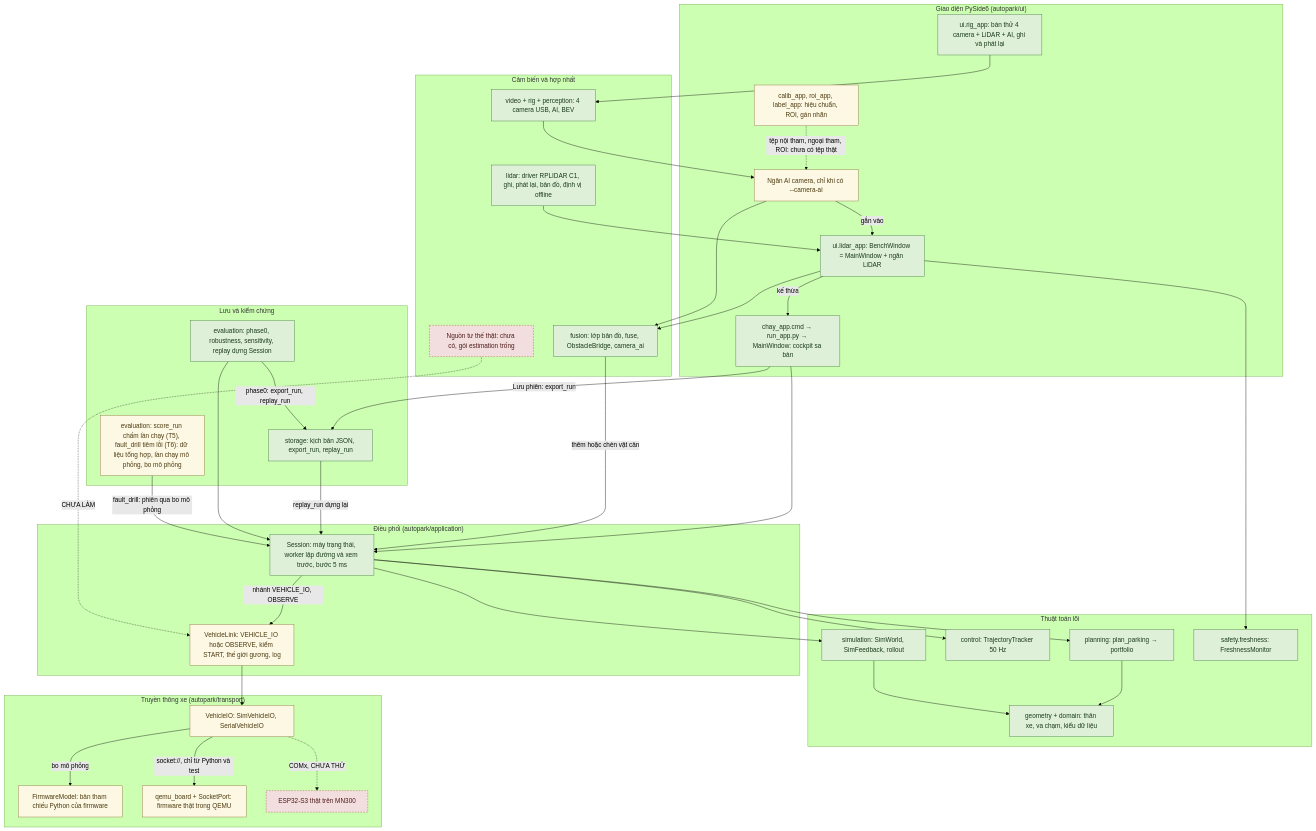
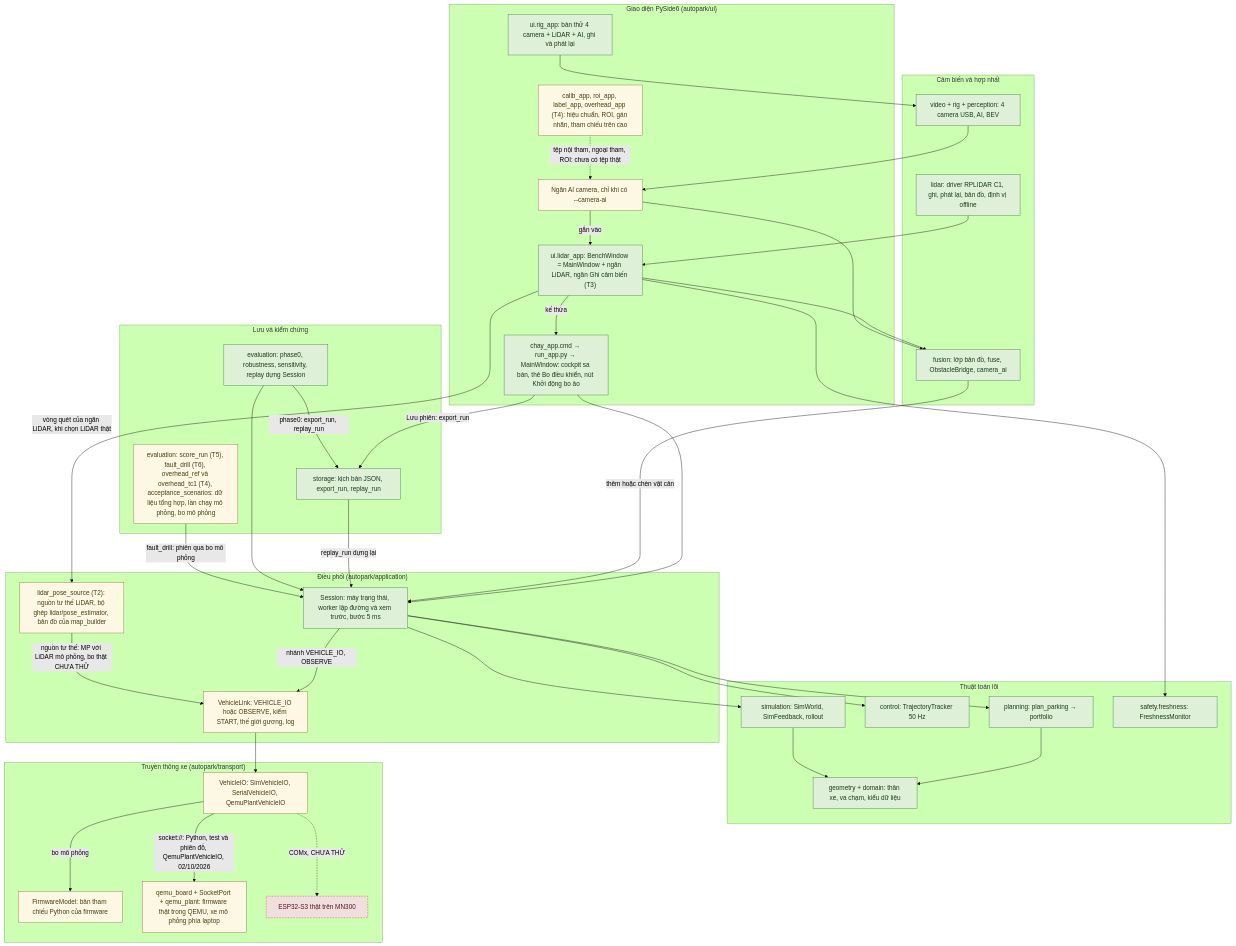
Before and after one commit to thbn12082/autopark: the second of 50 diagrams in autopark/docs/SO_DO_HE_THONG.md, drawn with Mermaid (forest theme). The commit also changed other lines of this file and 223 other files, not shown here.

````diff
--- a/autopark/docs/SO_DO_HE_THONG.md
+++ b/autopark/docs/SO_DO_HE_THONG.md
@@ -138,71 +159,72 @@
 ```mermaid
 flowchart TD
     subgraph UI["Giao diện PySide6 (autopark/ui)"]
-        APP["chay_app.cmd → run_app.py → MainWindow: cockpit sa bàn"]
-        BENCH["ui.lidar_app: BenchWindow = MainWindow + ngăn LiDAR"]
+        APP["chay_app.cmd → run_app.py → MainWindow: cockpit sa bàn, thẻ Bo điều khiển, nút Khởi động bo ảo"]
+        BENCH["ui.lidar_app: BenchWindow = MainWindow + ngăn LiDAR, ngăn Ghi cảm biến (T3)"]
         CDOCK["Ngăn AI camera, chỉ khi có --camera-ai"]
         RIGAPP["ui.rig_app: bàn thử 4 camera + LiDAR + AI, ghi và phát lại"]
-        TOOLS["calib_app, roi_app, label_app: hiệu chuẩn, ROI, gán nhãn"]
+        TOOLS["calib_app, roi_app, label_app, overhead_app (T4): hiệu chuẩn, ROI, gán nhãn, tham chiếu trên cao"]
     end
     subgraph APPL["Điều phối (autopark/application)"]
         SES["Session: máy trạng thái, worker lập đường và xem trước, bước 5 ms"]
         VL["VehicleLink: VEHICLE_IO hoặc OBSERVE, kiểm START, thế giới gương, log"]
+        LPS["lidar_pose_source (T2): nguồn tư thế LiDAR, bộ ghép lidar/pose_estimator, bản đồ của map_builder"]
     end
     subgraph CORE["Thuật toán lõi"]
         PLAN["planning: plan_parking → portfolio"]
         CTRL["control: TrajectoryTracker 50 Hz"]
         SIMU["simulation: SimWorld, SimFeedback, rollout"]
         GEO["geometry + domain: thân xe, va chạm, kiểu dữ liệu"]
         SAFE["safety.freshness: FreshnessMonitor"]
     end
     subgraph SENS["Cảm biến và hợp nhất"]
         LID["lidar: driver RPLIDAR C1, ghi, phát lại, bản đồ, định vị offline"]
         CAM["video + rig + perception: 4 camera USB, AI, BEV"]
         FUS["fusion: lớp bản đồ, fuse, ObstacleBridge, camera_ai"]
-        EST["Nguồn tư thế thật: chưa có, gói estimation trống"]
     end
     subgraph TRANS["Truyền thông xe (autopark/transport)"]
-        VIO["VehicleIO: SimVehicleIO, SerialVehicleIO"]
+        VIO["VehicleIO: SimVehicleIO, SerialVehicleIO, QemuPlantVehicleIO"]
         FWM["FirmwareModel: bản tham chiếu Python của firmware"]
-        QEMU["qemu_board + SocketPort: firmware thật trong QEMU"]
+        QEMU["qemu_board + SocketPort + qemu_plant: firmware thật trong QEMU, xe mô phỏng phía laptop"]
         ESP["ESP32-S3 thật trên MN300"]
     end
     subgraph DATA["Lưu và kiểm chứng"]
         STORE["storage: kịch bản JSON, export_run, replay_run"]
         EVAL["evaluation: phase0, robustness, sensitivity, replay dựng Session"]
-        ACC["evaluation: score_run chấm lần chạy (T5), fault_drill tiêm lỗi (T6): dữ liệu tổng hợp, lần chạy mô phỏng, bo mô phỏng"]
+        ACC["evaluation: score_run (T5), fault_drill (T6), overhead_ref và overhead_tc1 (T4), acceptance_scenarios: dữ liệu tổng hợp, lần chạy mô phỏng, bo mô phỏng"]
     end
     APP --> SES
     BENCH -->|kế thừa| APP
     CDOCK -->|gắn vào| BENCH
     LID --> BENCH
     BENCH --> SAFE
     BENCH --> FUS
     CAM --> CDOCK
     CDOCK --> FUS
     RIGAPP --> CAM
     TOOLS -.->|tệp nội tham, ngoại tham, ROI: chưa có tệp thật| CDOCK
     FUS -->|thêm hoặc chèn vật cản| SES
     SES --> PLAN
     SES --> CTRL
     SES --> SIMU
     PLAN --> GEO
     SIMU --> GEO
     SES -->|nhánh VEHICLE_IO, OBSERVE| VL
     VL --> VIO
     VIO -->|bo mô phỏng| FWM
-    VIO -->|socket://, chỉ từ Python và test| QEMU
+    VIO -->|socket://: Python, test và phiên đỗ, QemuPlantVehicleIO, 02/10/2026| QEMU
     VIO -.->|COMx, CHƯA THỬ| ESP
-    EST -.->|CHƯA LÀM| VL
+    BENCH -->|vòng quét của ngăn LiDAR, khi chọn LiDAR thật| LPS
+    LPS -->|nguồn tư thế: MP với LiDAR mô phỏng, bo thật CHƯA THỬ| VL
     APP -->|Lưu phiên: export_run| STORE
     STORE -->|replay_run dựng lại| SES
     EVAL -->|phase0: export_run, replay_run| STORE
     EVAL --> SES
     ACC -->|fault_drill: phiên qua bo mô phỏng| SES
     classDef daco fill:#dff0d8,stroke:#3c763d,color:#1b3a1b
     classDef giaLap fill:#fcf8e3,stroke:#8a6d3b,color:#4d3b12
     classDef chuaLam fill:#f2dede,stroke:#a94442,color:#4d1a1a,stroke-dasharray: 4 3
     class APP,BENCH,RIGAPP,SES,PLAN,CTRL,SIMU,GEO,SAFE,LID,CAM,FUS,STORE,EVAL daco
-    class CDOCK,TOOLS,VL,VIO,FWM,QEMU,ACC giaLap
-    class EST,ESP chuaLam
+    class CDOCK,TOOLS,VL,LPS,VIO,FWM,QEMU,ACC giaLap
+    class ESP chuaLam
 ```
````
